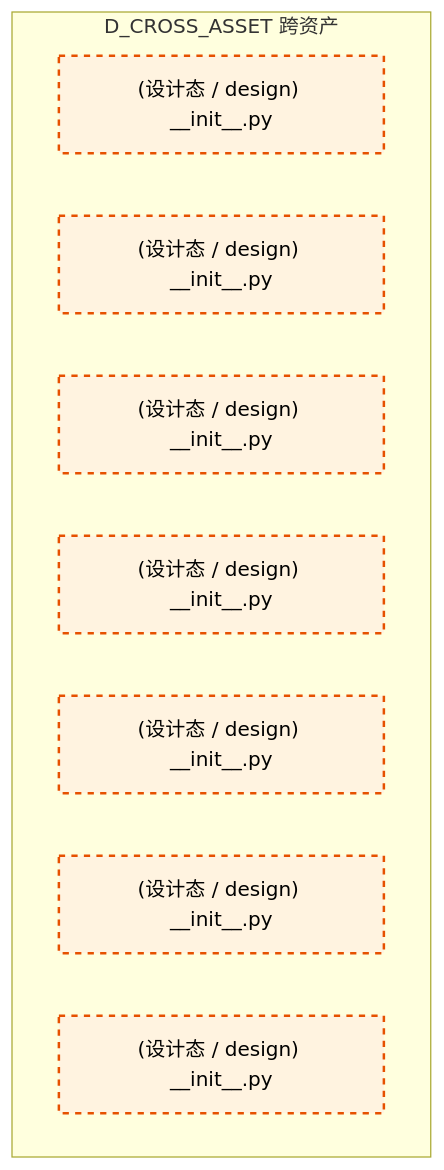
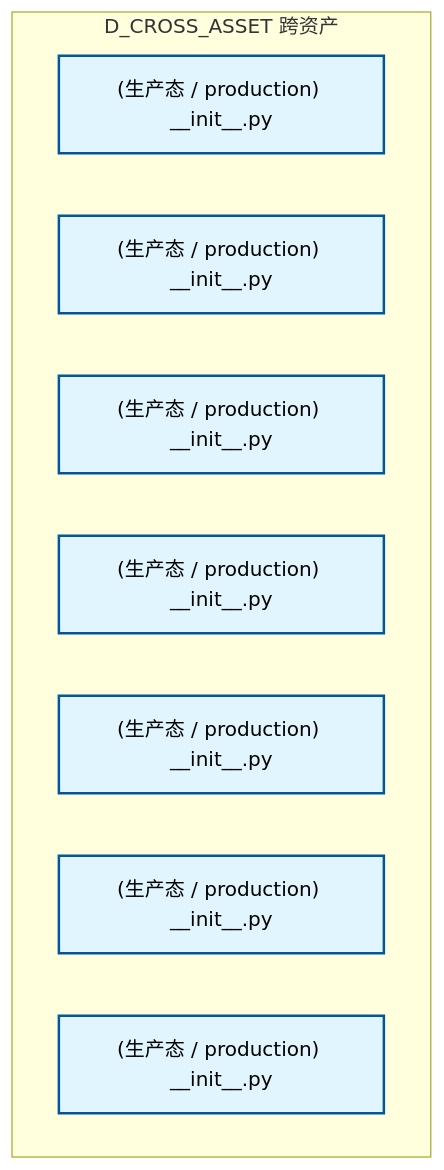
Before and after one commit to xuanFelixVan/ZephyrAlpha: the second of 2 diagrams in docs/02_enterprise_architecture/02_domain_architecture_docs/31_d_cross_asset.md, drawn with Mermaid. The commit also changed other lines of this file and 128 other files, not shown here.

````diff
--- a/docs/02_enterprise_architecture/02_domain_architecture_docs/31_d_cross_asset.md
+++ b/docs/02_enterprise_architecture/02_domain_architecture_docs/31_d_cross_asset.md
@@ -114,17 +89,17 @@
 ```mermaid
 graph TD
     subgraph D_CROSS_ASSET["D_CROSS_ASSET 跨资产"]
-        src_zephyr_cross_asset_init_py["(设计态 / design) __init__.py"]
-        src_zephyr_cross_asset_extensions_init_py["(设计态 / design) __init__.py"]
-        src_zephyr_cross_asset_api_init_py["(设计态 / design) __init__.py"]
-        src_zephyr_cross_asset_core_init_py["(设计态 / design) __init__.py"]
-        src_zephyr_cross_asset_infrastructure_init_py["(设计态 / design) __init__.py"]
-        src_zephyr_cross_asset_models_init_py["(设计态 / design) __init__.py"]
-        src_zephyr_cross_asset_services_init_py["(设计态 / design) __init__.py"]
+        src_zephyr_cross_asset_init_py["(生产态 / production) __init__.py"]
+        src_zephyr_cross_asset_extensions_init_py["(生产态 / production) __init__.py"]
+        src_zephyr_cross_asset_api_init_py["(生产态 / production) __init__.py"]
+        src_zephyr_cross_asset_core_init_py["(生产态 / production) __init__.py"]
+        src_zephyr_cross_asset_infrastructure_init_py["(生产态 / production) __init__.py"]
+        src_zephyr_cross_asset_models_init_py["(生产态 / production) __init__.py"]
+        src_zephyr_cross_asset_services_init_py["(生产态 / production) __init__.py"]
     end
     classDef production fill:#e1f5fe,stroke:#01579b,stroke-width:2px,color:#000
     classDef design fill:#fff3e0,stroke:#e65100,stroke-width:2px,color:#000,stroke-dasharray: 5 5
     classDef external_prod fill:#e8f5e9,stroke:#1b5e20,stroke-width:1px,color:#000
     classDef external_design fill:#fce4ec,stroke:#880e4f,stroke-width:1px,color:#000,stroke-dasharray: 5 5
-    class src_zephyr_cross_asset_init_py,src_zephyr_cross_asset_extensions_init_py,src_zephyr_cross_asset_api_init_py,src_zephyr_cross_asset_core_init_py,src_zephyr_cross_asset_infrastructure_init_py,src_zephyr_cross_asset_models_init_py,src_zephyr_cross_asset_services_init_py design
+    class src_zephyr_cross_asset_init_py,src_zephyr_cross_asset_extensions_init_py,src_zephyr_cross_asset_api_init_py,src_zephyr_cross_asset_core_init_py,src_zephyr_cross_asset_infrastructure_init_py,src_zephyr_cross_asset_models_init_py,src_zephyr_cross_asset_services_init_py production
 ```
````
